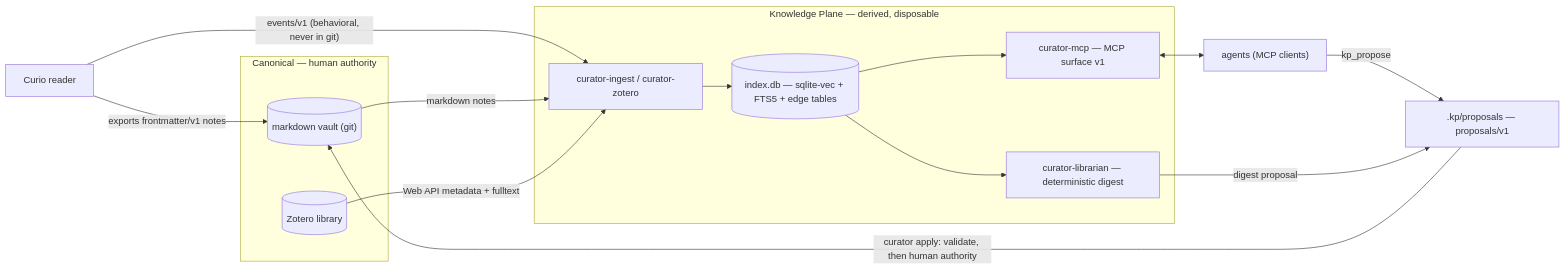
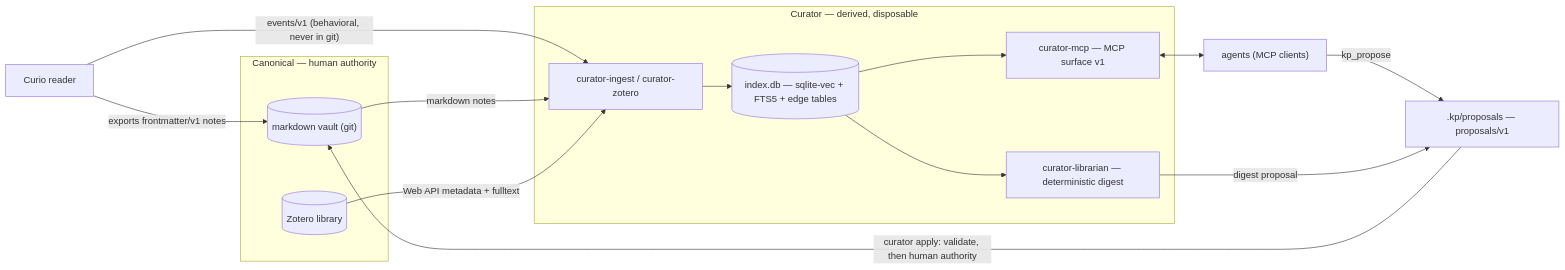
The diagram in docs/design/architecture.md (alexnodeland/curator), drawn with Mermaid before and after one commit. The commit also changed other lines of this file and 23 other files, not shown here.

````diff
--- a/docs/design/architecture.md
+++ b/docs/design/architecture.md
@@ -92,25 +92,25 @@
 ```mermaid
 flowchart LR
   curio["Curio reader"]
   subgraph can["Canonical — human authority"]
     vault[("markdown vault (git)")]
     zot[("Zotero library")]
   end
-  subgraph kp["Knowledge Plane — derived, disposable"]
+  subgraph kp["Curator — derived, disposable"]
     ing["curator-ingest / curator-zotero"]
     idx[("index.db — sqlite-vec + FTS5 + edge tables")]
     mcp["curator-mcp — MCP surface v1"]
     lib["curator-librarian — deterministic digest"]
   end
   curio -- "exports frontmatter/v1 notes" --> vault
   curio -- "events/v1 (behavioral, never in git)" --> ing
   vault -- "markdown notes" --> ing
   zot -- "Web API metadata + fulltext" --> ing
   ing --> idx
   idx --> mcp
   idx --> lib
   mcp <--> agents["agents (MCP clients)"]
   agents -- "kp_propose" --> prop[".kp/proposals — proposals/v1"]
   lib -- "digest proposal" --> prop
   prop -- "curator apply: validate, then human authority" --> vault
 ```
````
